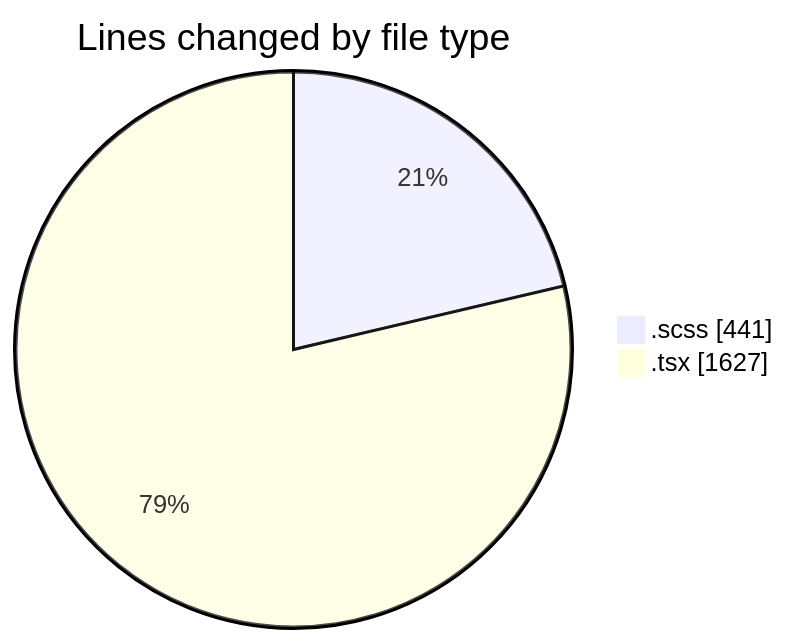
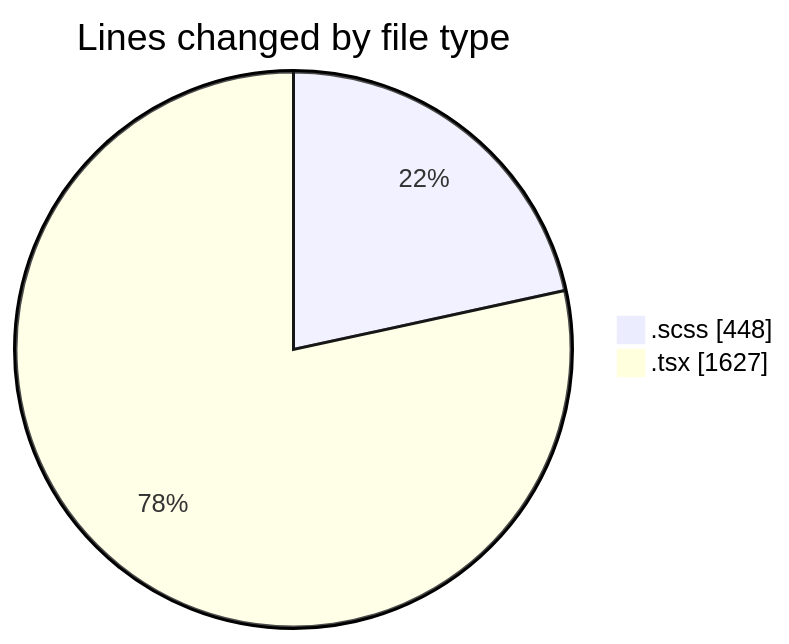
One commit to momahboobian/code-tracking changed the first of 2 diagrams in 2025-08-28/cda/README.md. Above: the diagram before and after it, drawn with Mermaid. The commit also changed other lines of this file and 1 other file, not shown here.

````diff
--- a/2025-08-28/cda/README.md
+++ b/2025-08-28/cda/README.md
@@ -26,6 +26,6 @@
 ```mermaid
 pie showData
 title Lines changed by file type
-".scss" : 441
+".scss" : 448
 ".tsx" : 1627
 ```
````
